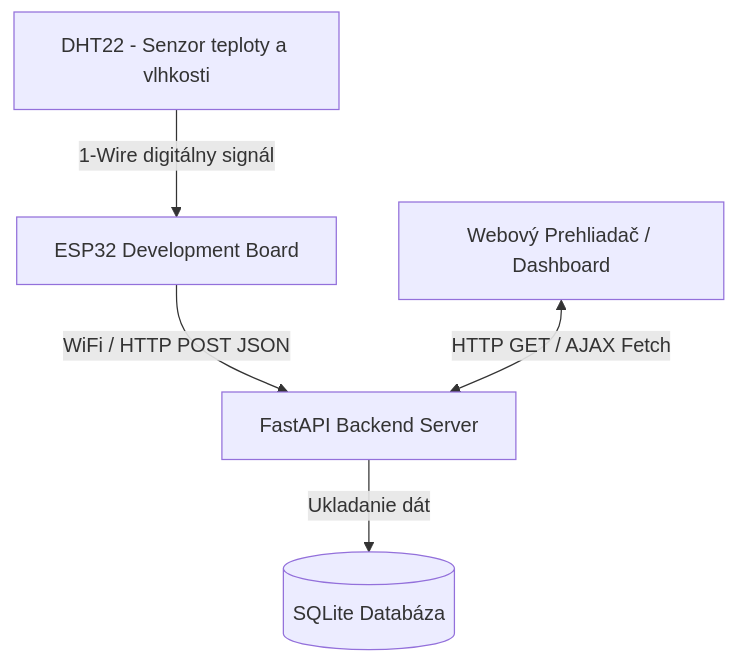
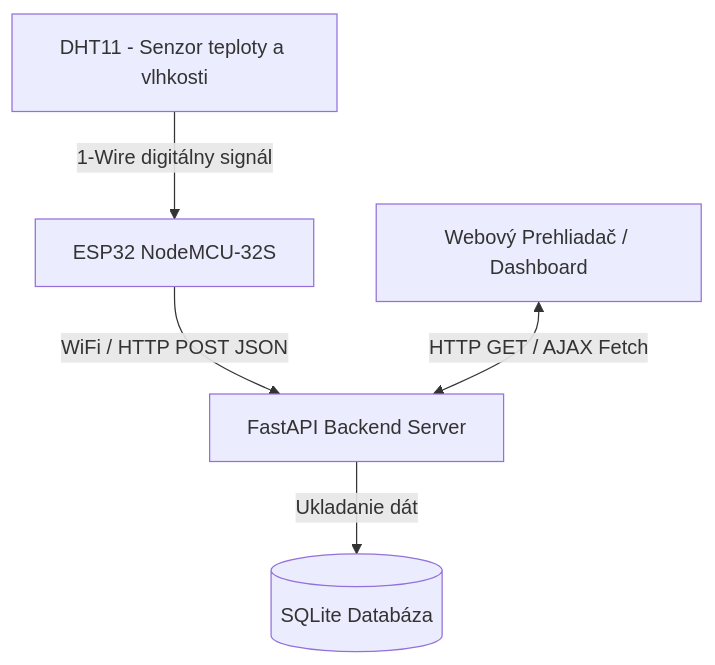
One commit to HavryliukM/MISA changed the diagram in README.md. Above: the diagram before and after it, drawn with Mermaid. The commit also changed other lines of this file and 10 other files, not shown here.

````diff
--- a/README.md
+++ b/README.md
@@ -8,7 +8,7 @@
 ```mermaid
 graph TD
-    Sensor[DHT22 - Senzor teploty a vlhkosti] -->|1-Wire digitálny signál| MCU[ESP32 Development Board]
+    Sensor[DHT11 - Senzor teploty a vlhkosti] -->|1-Wire digitálny signál| MCU[ESP32 NodeMCU-32S]
     MCU -->|WiFi / HTTP POST JSON| Server[FastAPI Backend Server]
     Server -->|Ukladanie dát| DB[(SQLite Databáza)]
     Client[Webový Prehliadač / Dashboard] <-->|HTTP GET / AJAX Fetch| Server
 ```
````
